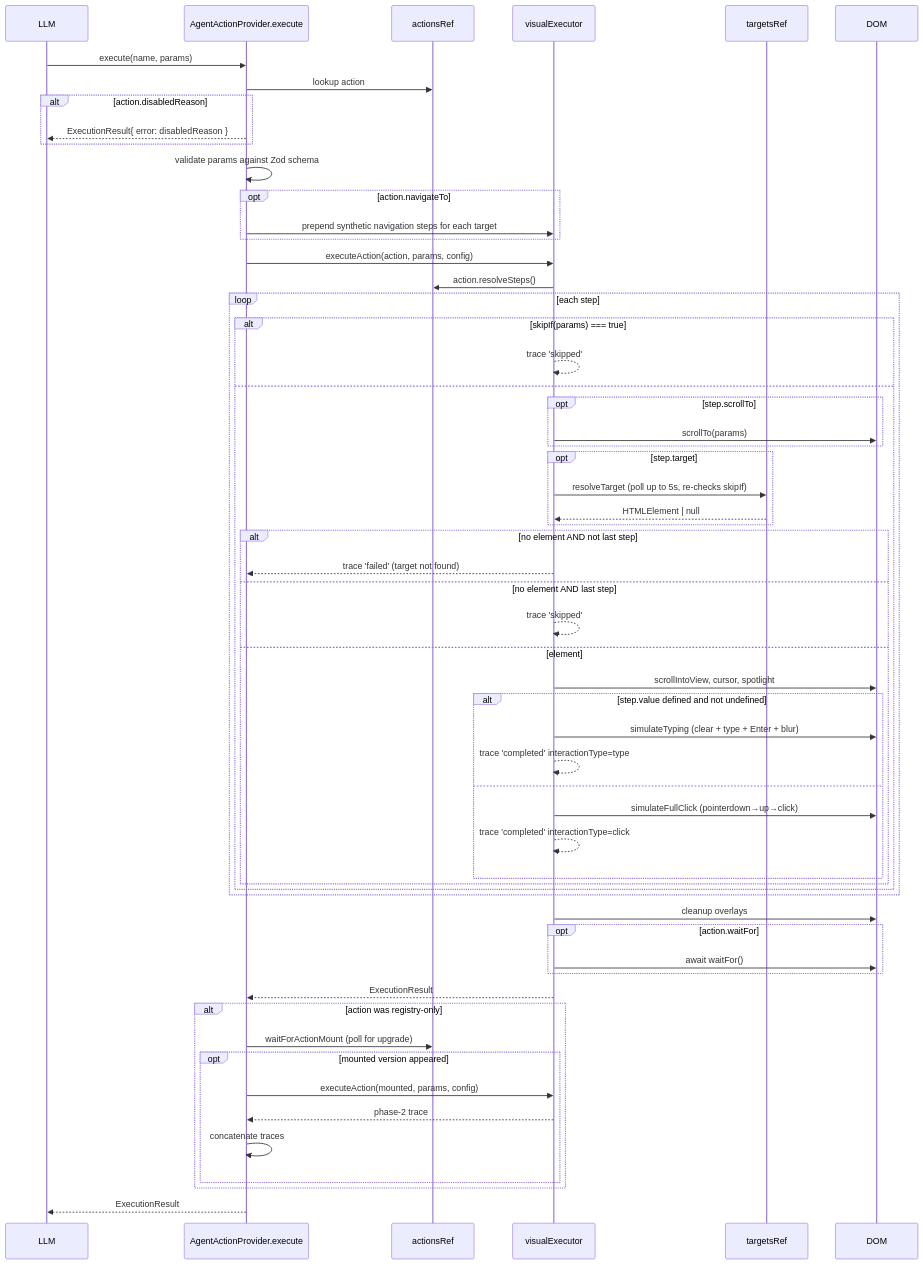
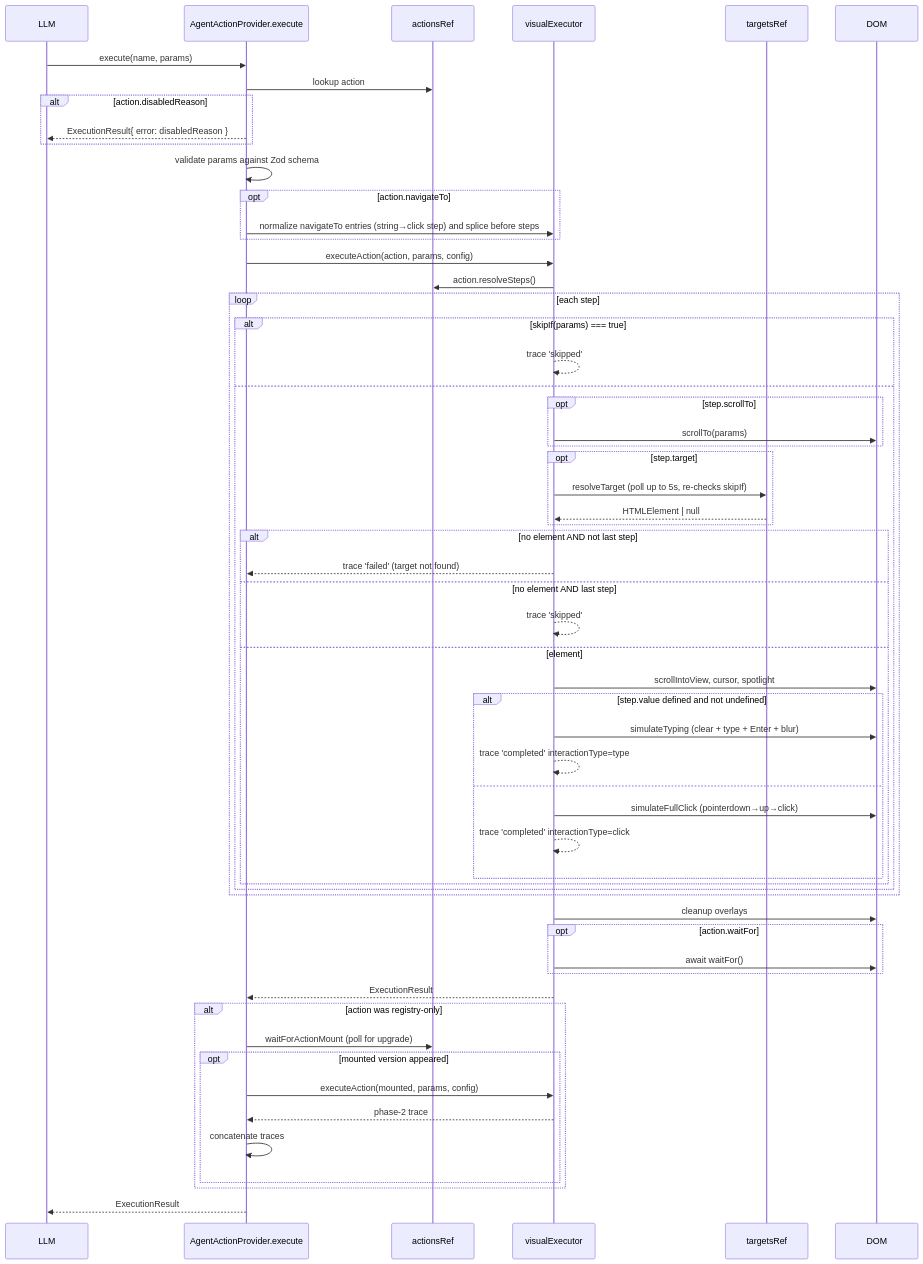
One commit to myDataValue/polter changed the fifth of 6 diagrams in docs/architecture.md. Above: the diagram before and after it, drawn with Mermaid. The commit also changed other lines of this file and 8 other files, not shown here.

````diff
--- a/docs/architecture.md
+++ b/docs/architecture.md
@@ -216,62 +218,62 @@
 ```mermaid
 sequenceDiagram
   participant LLM
   participant Provider as AgentActionProvider.execute
   participant ActionsRef as actionsRef
   participant Exec as visualExecutor
   participant Targets as targetsRef
   participant DOM
 
   LLM->>Provider: execute(name, params)
   Provider->>ActionsRef: lookup action
   alt action.disabledReason
     Provider-->>LLM: ExecutionResult{ error: disabledReason }
   end
   Provider->>Provider: validate params against Zod schema
   opt action.navigateTo
-    Provider->>Exec: prepend synthetic navigation steps for each target
+    Provider->>Exec: normalize navigateTo entries (string→click step) and splice before steps
   end
   Provider->>Exec: executeAction(action, params, config)
   Exec->>ActionsRef: action.resolveSteps()
   loop each step
     alt skipIf(params) === true
       Exec-->>Exec: trace 'skipped'
     else
       opt step.scrollTo
         Exec->>DOM: scrollTo(params)
       end
       opt step.target
         Exec->>Targets: resolveTarget (poll up to 5s, re-checks skipIf)
         Targets-->>Exec: HTMLElement | null
       end
       alt no element AND not last step
         Exec-->>Provider: trace 'failed' (target not found)
       else no element AND last step
         Exec-->>Exec: trace 'skipped'
       else element
         Exec->>DOM: scrollIntoView, cursor, spotlight
         alt step.value defined and not undefined
           Exec->>DOM: simulateTyping (clear + type + Enter + blur)
           Exec-->>Exec: trace 'completed' interactionType=type
         else
           Exec->>DOM: simulateFullClick (pointerdown→up→click)
           Exec-->>Exec: trace 'completed' interactionType=click
         end
       end
     end
   end
   Exec->>DOM: cleanup overlays
   opt action.waitFor
     Exec->>DOM: await waitFor()
   end
   Exec-->>Provider: ExecutionResult
   alt action was registry-only
     Provider->>ActionsRef: waitForActionMount (poll for upgrade)
     opt mounted version appeared
       Provider->>Exec: executeAction(mounted, params, config)
       Exec-->>Provider: phase-2 trace
       Provider->>Provider: concatenate traces
     end
   end
   Provider-->>LLM: ExecutionResult
 ```
````
